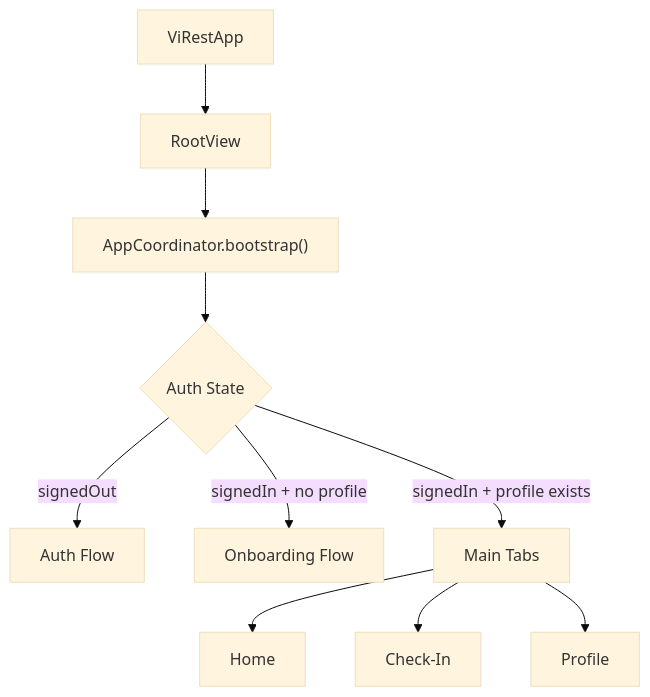
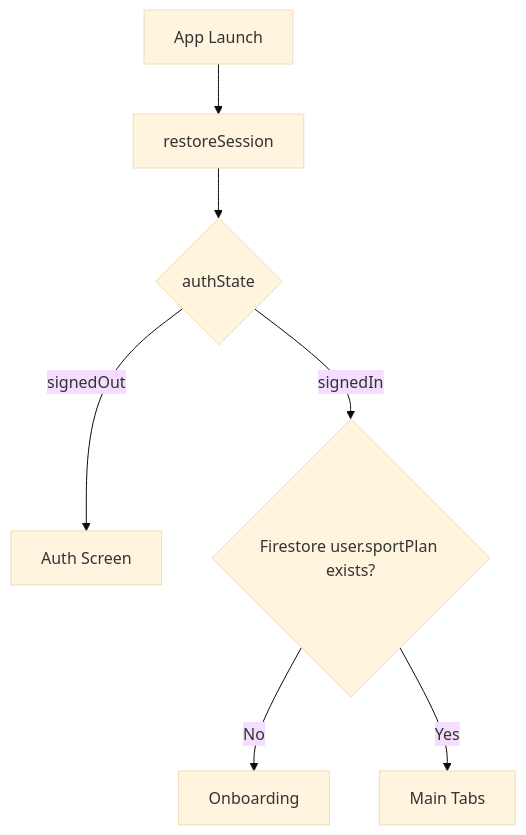
One commit to TomoyaKureno/ViRest changed the diagram in docs/TECHNICAL_DOCUMENTATION.md. Above: the diagram before and after it, drawn with Mermaid (base theme). The commit also changed other lines of this file and 40 other files, not shown here.

Commit message:
refactor: adjusment UI onboarding, home, auth

````diff
--- a/docs/TECHNICAL_DOCUMENTATION.md
+++ b/docs/TECHNICAL_DOCUMENTATION.md
@@ -46,12 +51,9 @@
 ```mermaid
 flowchart TD
-    A["ViRestApp"] --> B["RootView"]
-    B --> C["AppCoordinator.bootstrap()"]
-    C --> D{"Auth State"}
-    D -->|signedOut| E["Auth Flow"]
-    D -->|signedIn + no profile| F["Onboarding Flow"]
-    D -->|signedIn + profile exists| G["Main Tabs"]
-    G --> H["Home"]
-    G --> I["Check-In"]
-    G --> J["Profile"]
+    A[App Launch] --> B[restoreSession]
+    B --> C{authState}
+    C -->|signedOut| D[Auth Screen]
+    C -->|signedIn| E{Firestore user.sportPlan exists?}
+    E -->|No| F[Onboarding]
+    E -->|Yes| G[Main Tabs]
 ```
````
